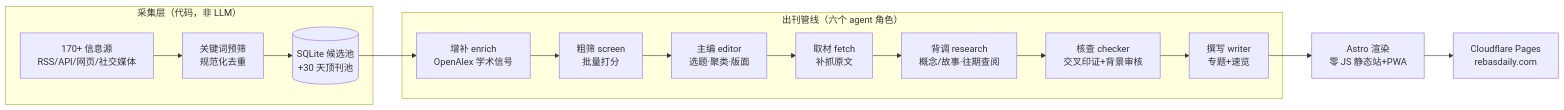
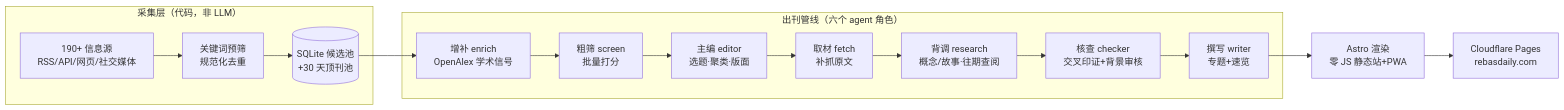
One commit to Rebas9512/rebas-daily changed the diagram in README.md. Above: the diagram before and after it, drawn with Mermaid. The commit also changed other lines of this file and 2 other files, not shown here.

````diff
--- a/README.md
+++ b/README.md
@@ -28,10 +28,10 @@
 ```mermaid
 flowchart LR
     subgraph 采集层["采集层（代码，非 LLM）"]
-        A[170+ 信息源<br>RSS/API/网页/社交媒体] --> B[关键词预筛<br>规范化去重] --> C[(SQLite 候选池<br>+30 天顶刊池)]
+        A[190+ 信息源<br>RSS/API/网页/社交媒体] --> B[关键词预筛<br>规范化去重] --> C[(SQLite 候选池<br>+30 天顶刊池)]
     end
     subgraph 编辑部["出刊管线（六个 agent 角色）"]
         C --> E[增补 enrich<br>OpenAlex 学术信号] --> F[粗筛 screen<br>批量打分] --> G[主编 editor<br>选题·聚类·版面] --> H[取材 fetch<br>补抓原文] --> I[背调 research<br>概念/故事·往期查阅] --> J[核查 checker<br>交叉印证+背景审核] --> K[撰写 writer<br>专题+速览]
     end
     K --> L[Astro 渲染<br>零 JS 静态站+PWA] --> M[Cloudflare Pages<br>rebasdaily.com]
 ```
````
